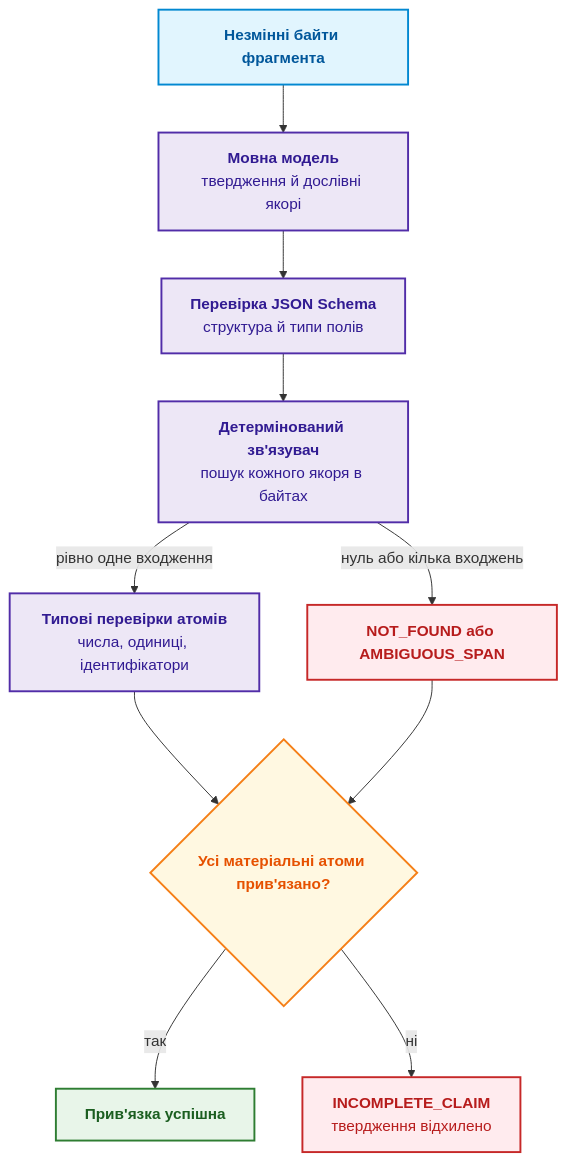
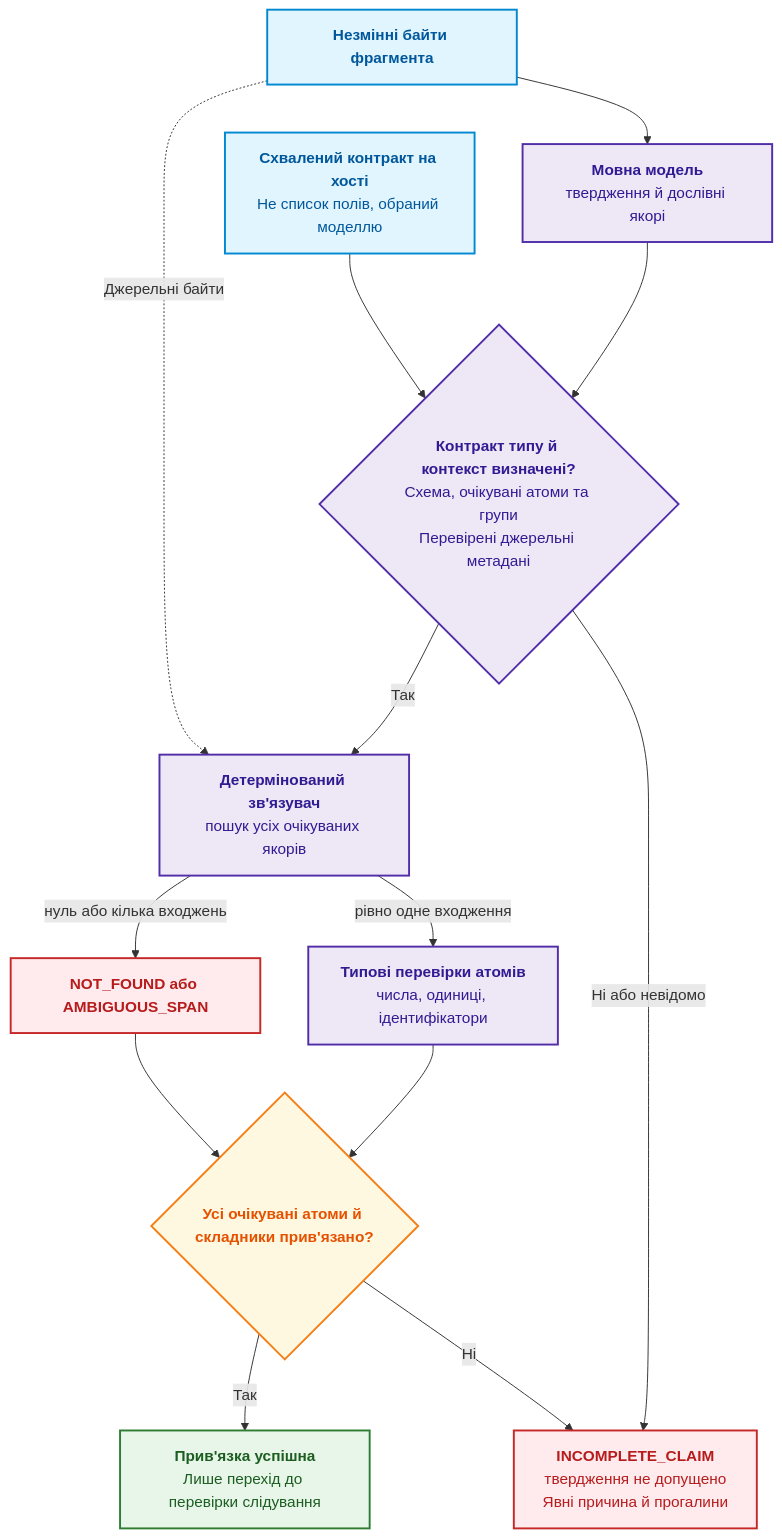
The fourth of 8 diagrams in ExpertSystem/ch19-from-question-to-evidence.md (nick-fedchik/articles), drawn with Mermaid before and after one commit. The commit also changed other lines of this file and 375 other files, not shown here.

````diff
--- a/ExpertSystem/ch19-from-question-to-evidence.md
+++ b/ExpertSystem/ch19-from-question-to-evidence.md
@@ -215,27 +215,30 @@
 ```mermaid
 flowchart TD
     accTitle: Детерміноване зв'язування твердження з байтами першоджерела
-    accDescr: Твердження мовної моделі проходить перевірку схеми, пошук кожного якоря в байтах документа й типові перевірки; неоднозначний або відсутній якір робить твердження неповним.
+    accDescr: Хост визначає схвалений контракт типу й обов'язковий контекст до оцінювання якорів. Прив'язка всіх очікуваних текстових атомів веде лише до семантичної перевірки, не до ENTAILED.
 
     P["<b>Незмінні байти фрагмента</b>"] --> LLM["<b>Мовна модель</b><br/>твердження й дослівні якорі"]
-    LLM --> SV["<b>Перевірка JSON Schema</b><br/>структура й типи полів"]
-    SV --> BIND["<b>Детермінований зв'язувач</b><br/>пошук кожного якоря в байтах"]
+    LLM --> SV{"<b>Контракт типу й контекст визначені?</b><br/>Схема, очікувані атоми та групи<br/>Перевірені джерельні метадані"}
+    HOST["<b>Схвалений контракт на хості</b><br/>Не список полів, обраний моделлю"] --> SV
+    SV -->|"Так"| BIND["<b>Детермінований зв'язувач</b><br/>пошук усіх очікуваних якорів"]
+    SV -->|"Ні або невідомо"| INC
+    P -.->|"Джерельні байти"| BIND
     BIND -->|"рівно одне входження"| VAL["<b>Типові перевірки атомів</b><br/>числа, одиниці, ідентифікатори"]
     BIND -->|"нуль або кілька входжень"| AMB["<b>NOT_FOUND або AMBIGUOUS_SPAN</b>"]
-    VAL --> CHK{"<b>Усі матеріальні атоми прив'язано?</b>"}
+    VAL --> CHK{"<b>Усі очікувані атоми й складники прив'язано?</b>"}
     AMB --> CHK
-    CHK -->|так| GR_OK["<b>Прив'язка успішна</b>"]
-    CHK -->|ні| INC["<b>INCOMPLETE_CLAIM</b><br/>твердження відхилено"]
+    CHK -->|"Так"| GR_OK["<b>Прив'язка успішна</b><br/>Лише перехід до перевірки слідування"]
+    CHK -->|"Ні"| INC["<b>INCOMPLETE_CLAIM</b><br/>твердження не допущено<br/>Явні причина й прогалини"]
 
     classDef src fill:#e1f5fe,stroke:#0288d1,stroke-width:2px,color:#01579b;
     classDef proc fill:#ede7f6,stroke:#512da8,stroke-width:2px,color:#311b92;
     classDef check fill:#fff8e1,stroke:#f57f17,stroke-width:2px,color:#e65100;
     classDef res fill:#e8f5e9,stroke:#2e7d32,stroke-width:2px,color:#1b5e20;
     classDef err fill:#ffebee,stroke:#c62828,stroke-width:2px,color:#b71c1c;
 
-    class P src;
+    class P,HOST src;
     class LLM,SV,BIND,VAL proc;
     class CHK check;
     class GR_OK res;
     class AMB,INC err;
 ```
````
